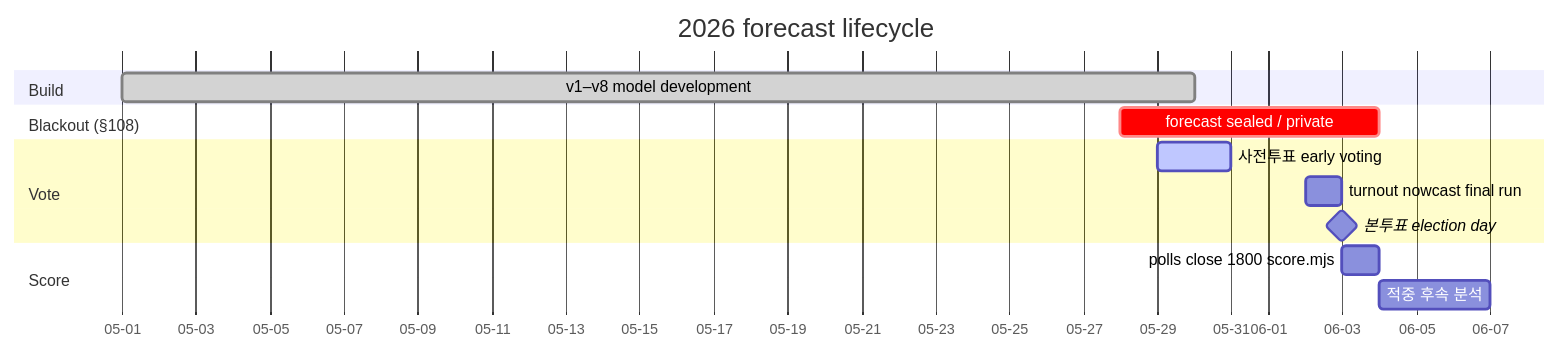
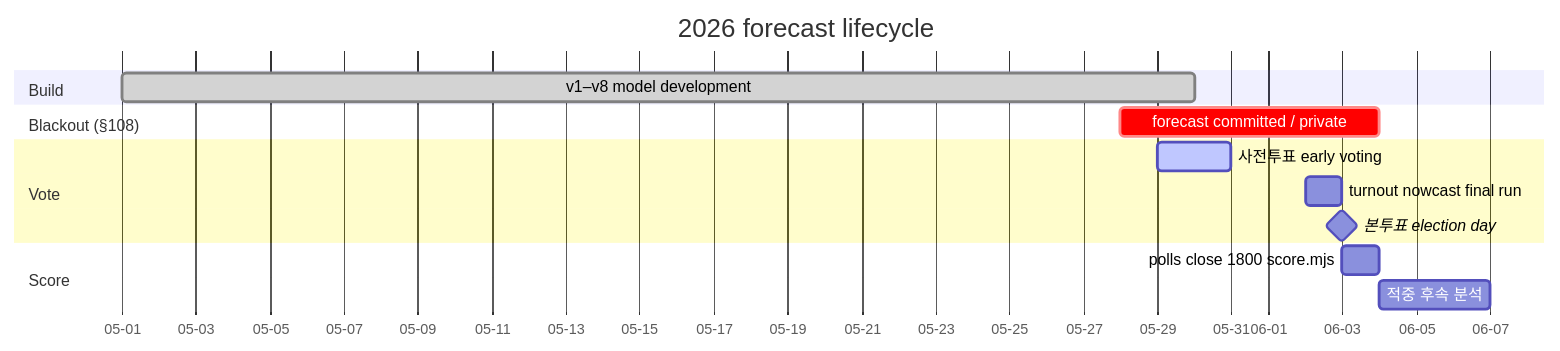
The fourth of 4 diagrams in README.md (hankimis/seoul-2026-forecast), drawn with Mermaid before and after one commit. The commit also changed other lines of this file and 1 other file, not shown here.

````diff
--- a/README.md
+++ b/README.md
@@ -506,17 +506,17 @@
 ```mermaid
 gantt
     title 2026 forecast lifecycle
     dateFormat YYYY-MM-DD
     axisFormat %m-%d
     section Build
     v1–v8 model development      :done, 2026-05-01, 29d
     section Blackout (§108)
-    forecast sealed / private    :crit, 2026-05-28, 7d
+    forecast committed / private :crit, 2026-05-28, 7d
     section Vote
     사전투표 early voting          :active, 2026-05-29, 2d
     turnout nowcast final run      :2026-06-02, 1d
     본투표 election day            :milestone, 2026-06-03, 0d
     section Score
     polls close 1800 score.mjs     :2026-06-03, 1d
     적중 후속 분석                  :2026-06-04, 3d
 ```
````
